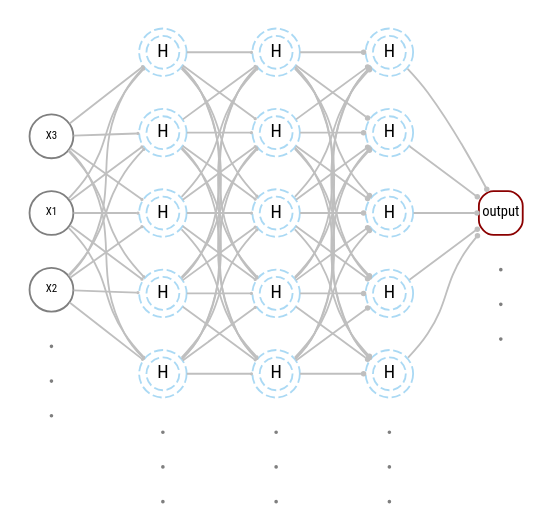
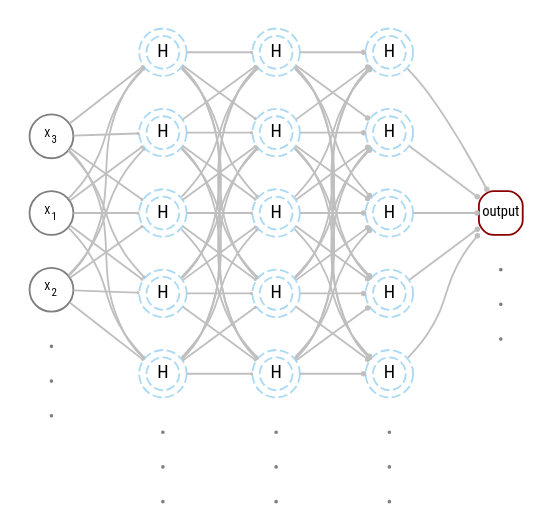
The diagram in img/nn_deep.dot (m-clark/book-of-models), drawn with Graphviz before and after one commit. The commit also changed 31 other files, not shown here.

```diff
--- a/img/nn_deep.dot
+++ b/img/nn_deep.dot
@@ -1,72 +1,72 @@
 digraph neural_network {
   bgcolor="transparent"
   rankdir=LR;
   node [shape=circle color=gray50 fontname="Roboto Condensed"];
 
   
     subgraph cluster_input {
         color = transparent;
-        X1 [label="X1" fixedsize=True fontsize =6 width=.33];
-        X2 [label="X2" fixedsize=True fontsize =6 width=.33];
-        X3 [label="X3" fixedsize=True fontsize =6 width=.33];
+        X1 [label=<X<sub>1</sub>> fixedsize=True fontsize =6 width=.33];
+        X2 [label=<X<sub>2</sub>> fixedsize=True fontsize =6 width=.33];
+        X3 [label=<X<sub>3</sub>> fixedsize=True fontsize =6 width=.33];
         X4 [label="" fixedsize=True width=.01  shape=circle style=filled ]; 
         X5 [label="" fixedsize=True width=.01  shape=circle style=filled ]; 
         X6 [label="" fixedsize=True width=.01  shape=circle style=filled ];
     }
 
     X1 -> hidden1, hidden2, hidden3, hidden4,hidden5 [arrowhead="dot" arrowsize=0.1 minlen=1 fontsize=7 color=gray75];
     X2 -> hidden1, hidden2, hidden3, hidden4,hidden5 [arrowhead="dot" arrowsize=0.1 minlen=1 fontsize=7 color=gray75];
     X3 -> hidden1, hidden2, hidden3, hidden4,hidden5 [arrowhead="dot" arrowsize=0.1 minlen=1 fontsize=7 color=gray75];
 
     subgraph cluster_0 {
         color = transparent;
         hidden1 [label=H fixedsize=True fontsize =10 width=.25 color = "#56B4E980" shape=doublecircle style=dashed penwidth=1];
         hidden2 [label=H fixedsize=True fontsize =10 width=.25 color = "#56B4E980" shape=doublecircle style=dashed penwidth=1];
         hidden3 [label=H fixedsize=True fontsize =10 width=.25 color = "#56B4E980" shape=doublecircle style=dashed penwidth=1];
         hidden4 [label=H fixedsize=True fontsize =10 width=.25 color = "#56B4E980" shape=doublecircle style=dashed penwidth=1];
         hidden5 [label=H fixedsize=True fontsize =10 width=.25 color = "#56B4E980" shape=doublecircle style=dashed penwidth=1];
         hidden6 [label="" fixedsize=True width=.01  shape=circle style=filled ]; 
         hidden7 [label="" fixedsize=True width=.01  shape=circle style=filled ]; 
         hidden8 [label="" fixedsize=True width=.01  shape=circle style=filled ];
     }
   hidden1, hidden2, hidden3, hidden4, hidden5 -> hidden1b, hidden2b, hidden3b, hidden4b, hidden5b [arrowhead="dot" arrowsize=0.1 minlen=1 fontsize=7 color=gray75];
 
     subgraph cluster_1 {
         color = transparent;
         hidden1b [label=H fixedsize=True fontsize =10 width=.25 color = "#56B4E980" shape=doublecircle style=dashed penwidth=1];
         hidden2b [label=H fixedsize=True fontsize =10 width=.25 color = "#56B4E980" shape=doublecircle style=dashed penwidth=1];
         hidden3b [label=H fixedsize=True fontsize =10 width=.25 color = "#56B4E980" shape=doublecircle style=dashed penwidth=1];
         hidden4b [label=H fixedsize=True fontsize =10 width=.25 color = "#56B4E980" shape=doublecircle style=dashed penwidth=1];
         hidden5b [label=H fixedsize=True fontsize =10 width=.25 color = "#56B4E980" shape=doublecircle style=dashed penwidth=1];    
         hidden9 [label="" fixedsize=True width=.01  shape=circle style=filled ]; 
         hidden10 [label="" fixedsize=True width=.01  shape=circle style=filled ]; 
         hidden11 [label="" fixedsize=True width=.01  shape=circle style=filled ];
     }
 
     subgraph cluster_2 {
         color = transparent;
         hidden1c [label=H fixedsize=True fontsize =10 width=.25 color = "#56B4E980" shape=doublecircle style=dashed penwidth=1];
         hidden2c [label=H fixedsize=True fontsize =10 width=.25 color = "#56B4E980" shape=doublecircle style=dashed penwidth=1];
         hidden3c [label=H fixedsize=True fontsize =10 width=.25 color = "#56B4E980" shape=doublecircle style=dashed penwidth=1];
         hidden4c [label=H fixedsize=True fontsize =10 width=.25 color = "#56B4E980" shape=doublecircle style=dashed penwidth=1];
         hidden5c [label=H fixedsize=True fontsize =10 width=.25 color = "#56B4E980" shape=doublecircle style=dashed penwidth=1];    
         hidden12 [label="" fixedsize=True width=.01  shape=circle style=filled ]; 
         hidden13 [label="" fixedsize=True width=.01  shape=circle style=filled ]; 
         hidden14 [label="" fixedsize=True width=.01  shape=circle style=filled ];
     }
 
     hidden1b, hidden2b, hidden3b, hidden4b, hidden5b -> hidden1c, hidden2c, hidden3c, hidden4c, hidden5c [arrowhead="dot" arrowsize=0.25 minlen=1 color=gray75];
 
     
 
     hidden1c, hidden2c, hidden3c, hidden4c, hidden5c -> output [arrowhead="dot" arrowsize=0.25 minlen=1 color=gray75];
 
     subgraph cluster_output {
         color = transparent;
         output [label="output" fixedsize=True fontsize =8 width=.33 color="#8B0000" shape=square style=rounded];
         output1 [label="" fixedsize=True width=.01  shape=circle style=filled ];
         output2 [label="" fixedsize=True width=.01  shape=circle style=filled ];
         output3 [label="" fixedsize=True width=.01  shape=circle style=filled ];
     }
     
 }
```
